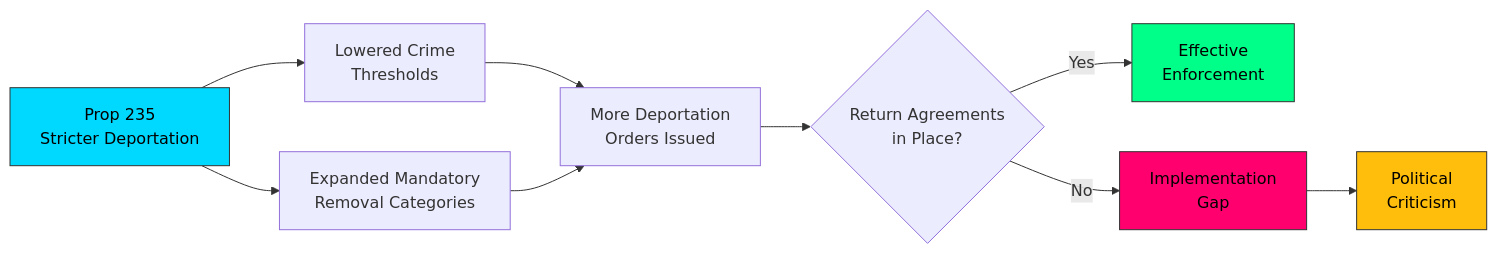
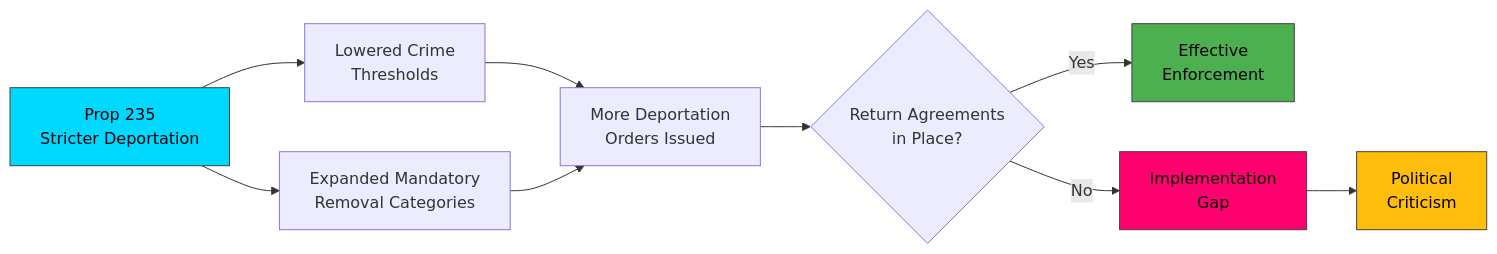
The diagram in analysis/daily/2026-04-03/realtime-2200/documents/HD03235-analysis.md (Hack23/riksdagsmonitor), drawn with Mermaid before and after one commit. The commit also changed 785 other files, not shown here.

First line of the commit message:
Normalize mermaid colors across 786 analysis artifacts to ISMS Style Guide palette

````diff
--- a/analysis/daily/2026-04-03/realtime-2200/documents/HD03235-analysis.md
+++ b/analysis/daily/2026-04-03/realtime-2200/documents/HD03235-analysis.md
@@ -60,16 +60,16 @@
 ```mermaid
 flowchart LR
     A["Prop 235<br/>Stricter Deportation"] --> B["Lowered Crime<br/>Thresholds"]
     A --> C["Expanded Mandatory<br/>Removal Categories"]
     B --> D["More Deportation<br/>Orders Issued"]
     C --> D
     D --> E{"Return Agreements<br/>in Place?"}
     E -->|"Yes"| F["Effective<br/>Enforcement"]
     E -->|"No"| G["Implementation<br/>Gap"]
     G --> H["Political<br/>Criticism"]
     
-    style A fill:#00d9ff,stroke:#333,color:#000
-    style F fill:#00ff88,stroke:#333,color:#000
-    style G fill:#ff006e,stroke:#333,color:#000
-    style H fill:#ffbe0b,stroke:#333,color:#000
+    style A fill:#00d9ff,stroke:#424242,color:#000000
+    style F fill:#4CAF50,stroke:#424242,color:#000000
+    style G fill:#ff006e,stroke:#424242,color:#000000
+    style H fill:#ffbe0b,stroke:#424242,color:#000000
 ```
````
